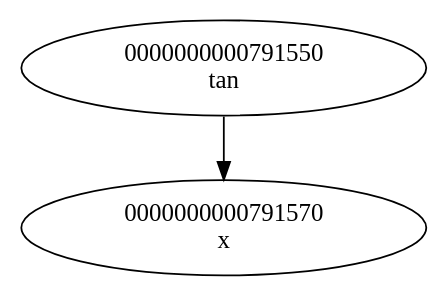
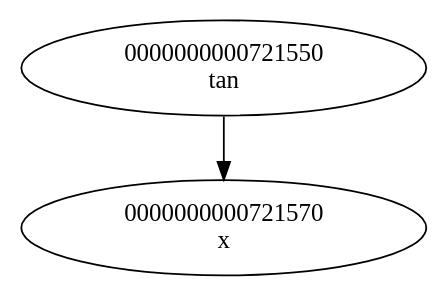
One commit to levasemin/Diff changed the diagram in database_files/read_s.dot. Above: the diagram before and after it, drawn with Graphviz. The commit also changed 21 other files, not shown here.

```diff
--- a/database_files/read_s.dot
+++ b/database_files/read_s.dot
@@ -1,7 +1,7 @@
 digraph G{
-"0000000000791550
-tan"->"0000000000791570
+"0000000000721550
+tan"->"0000000000721570
 x";
-"0000000000791570
+"0000000000721570
 x";
 }
```
